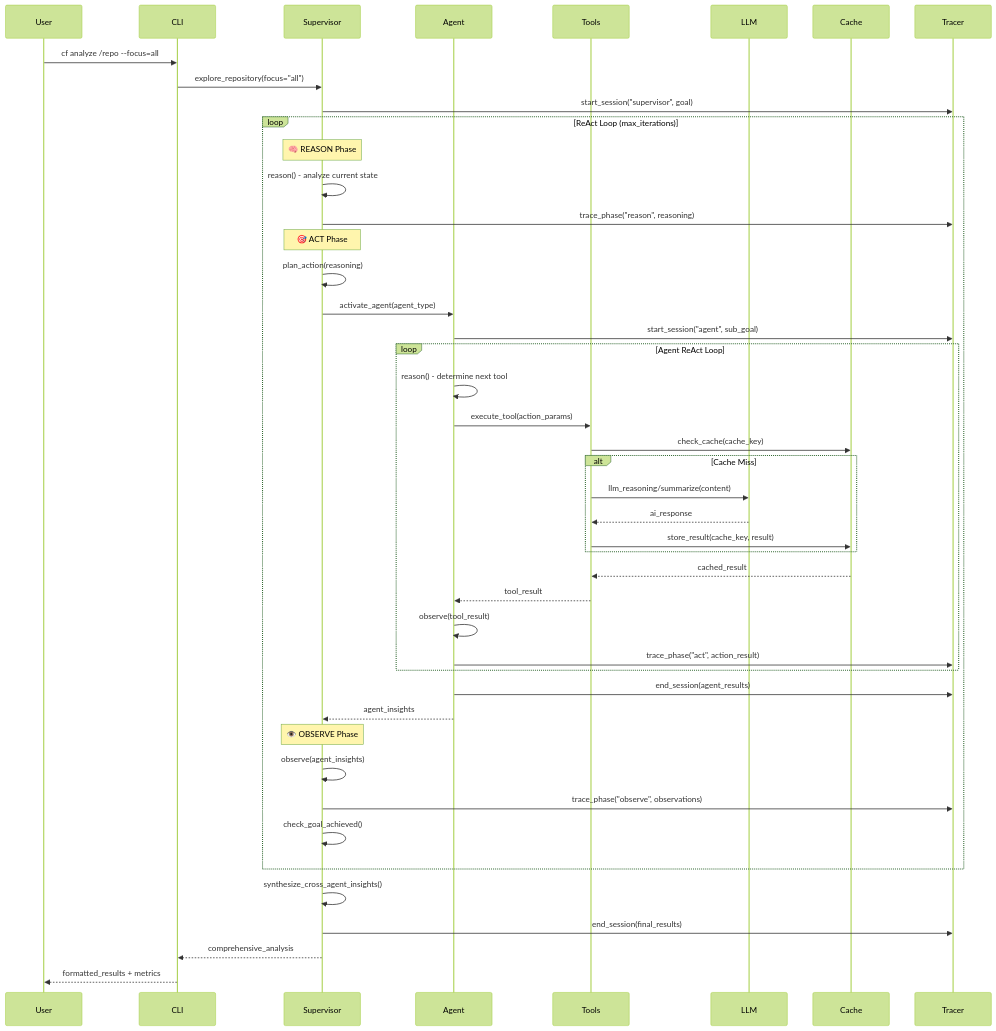
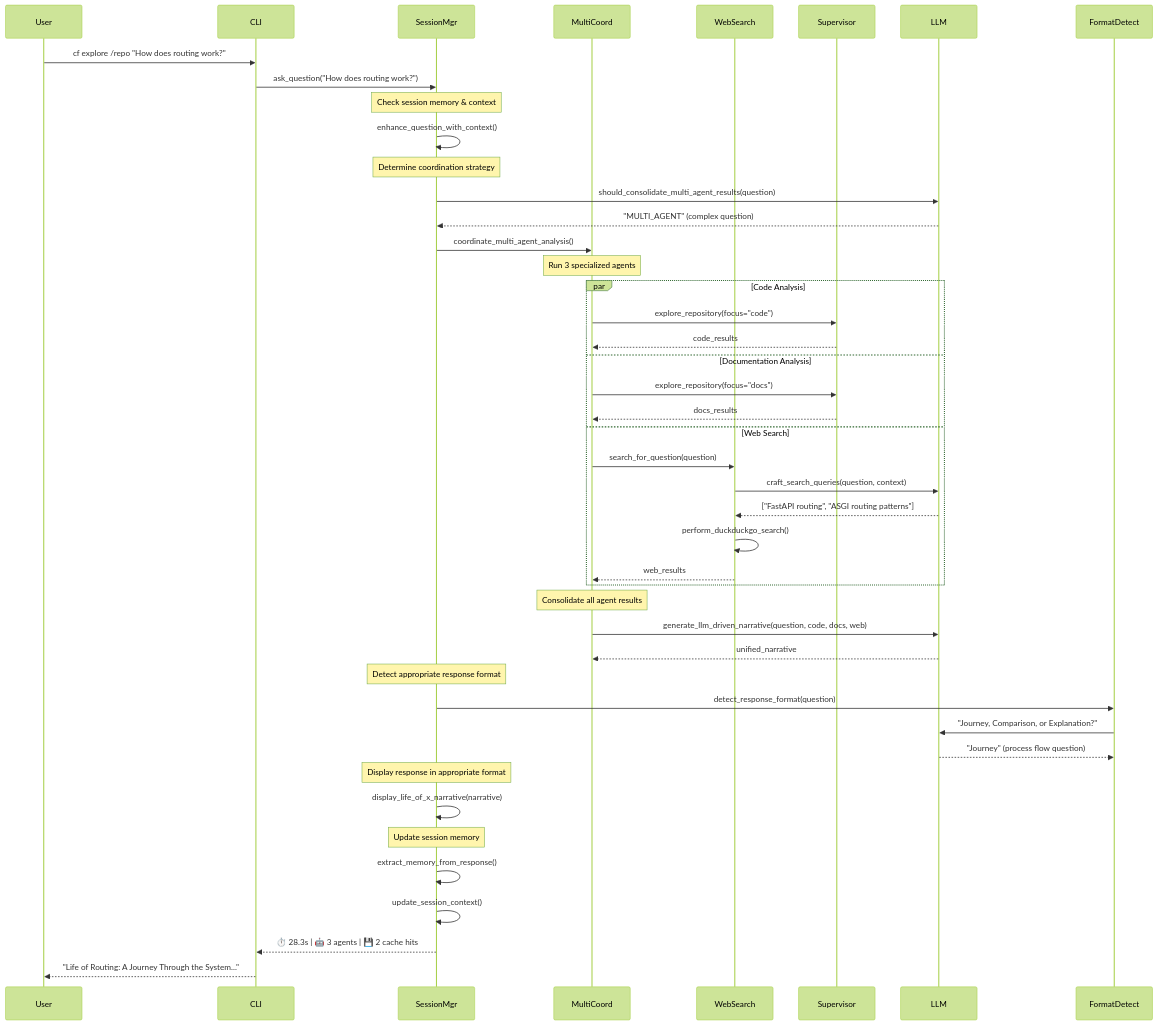
Before and after one commit to CodeFusionAgent/codefusion: the third of 4 diagrams in docs/dev/architecture.md, drawn with Mermaid (forest theme). The commit also changed other lines of this file and 39 other files, not shown here.

````diff
--- a/docs/dev/architecture.md
+++ b/docs/dev/architecture.md
@@ -308,57 +619,57 @@
 ```mermaid
 sequenceDiagram
     participant User
     participant CLI
+    participant SessionMgr
+    participant MultiCoord
+    participant WebSearch
     participant Supervisor
-    participant Agent
-    participant Tools
     participant LLM
-    participant Cache
-    participant Tracer
+    participant FormatDetect
 
-    User->>CLI: cf analyze /repo --focus=all
-    CLI->>Supervisor: explore_repository(focus="all")
+    User->>CLI: cf explore /repo "How does routing work?"
+    CLI->>SessionMgr: ask_question("How does routing work?")
     
-    Supervisor->>Tracer: start_session("supervisor", goal)
+    Note over SessionMgr: Check session memory & context
+    SessionMgr->>SessionMgr: enhance_question_with_context()
     
-    loop ReAct Loop (max_iterations)
-        Note over Supervisor: 🧠 REASON Phase
-        Supervisor->>Supervisor: reason() - analyze current state
-        Supervisor->>Tracer: trace_phase("reason", reasoning)
-        
-        Note over Supervisor: 🎯 ACT Phase  
-        Supervisor->>Supervisor: plan_action(reasoning)
-        Supervisor->>Agent: activate_agent(agent_type)
-        
-        Agent->>Tracer: start_session("agent", sub_goal)
-        
-        loop Agent ReAct Loop
-            Agent->>Agent: reason() - determine next tool
-            Agent->>Tools: execute_tool(action_params)
-            Tools->>Cache: check_cache(cache_key)
-            alt Cache Miss
-                Tools->>LLM: llm_reasoning/summarize(content)
-                LLM-->>Tools: ai_response
-                Tools->>Cache: store_result(cache_key, result)
-            end
-            Cache-->>Tools: cached_result
-            Tools-->>Agent: tool_result
-            Agent->>Agent: observe(tool_result)
-            Agent->>Tracer: trace_phase("act", action_result)
-        end
-        
-        Agent->>Tracer: end_session(agent_results)
-        Agent-->>Supervisor: agent_insights
-        
-        Note over Supervisor: 👁️ OBSERVE Phase
-        Supervisor->>Supervisor: observe(agent_insights)
-        Supervisor->>Tracer: trace_phase("observe", observations)
-        
-        Supervisor->>Supervisor: check_goal_achieved()
+    Note over SessionMgr: Determine coordination strategy
+    SessionMgr->>LLM: should_consolidate_multi_agent_results(question)
+    LLM-->>SessionMgr: "MULTI_AGENT" (complex question)
+    
+    SessionMgr->>MultiCoord: coordinate_multi_agent_analysis()
+    
+    Note over MultiCoord: Run 3 specialized agents
+    par Code Analysis
+        MultiCoord->>Supervisor: explore_repository(focus="code")
+        Supervisor-->>MultiCoord: code_results
+    and Documentation Analysis  
+        MultiCoord->>Supervisor: explore_repository(focus="docs")
+        Supervisor-->>MultiCoord: docs_results
+    and Web Search
+        MultiCoord->>WebSearch: search_for_question(question)
+        WebSearch->>LLM: craft_search_queries(question, context)
+        LLM-->>WebSearch: ["FastAPI routing", "ASGI routing patterns"]
+        WebSearch->>WebSearch: perform_duckduckgo_search()
+        WebSearch-->>MultiCoord: web_results
     end
     
-    Supervisor->>Supervisor: synthesize_cross_agent_insights()
-    Supervisor->>Tracer: end_session(final_results)
-    Supervisor-->>CLI: comprehensive_analysis
-    CLI-->>User: formatted_results + metrics
+    Note over MultiCoord: Consolidate all agent results
+    MultiCoord->>LLM: generate_llm_driven_narrative(question, code, docs, web)
+    LLM-->>MultiCoord: unified_narrative
+    
+    Note over SessionMgr: Detect appropriate response format
+    SessionMgr->>FormatDetect: detect_response_format(question)
+    FormatDetect->>LLM: "Journey, Comparison, or Explanation?"
+    LLM-->>FormatDetect: "Journey" (process flow question)
+    
+    Note over SessionMgr: Display response in appropriate format
+    SessionMgr->>SessionMgr: display_life_of_x_narrative(narrative)
+    
+    Note over SessionMgr: Update session memory
+    SessionMgr->>SessionMgr: extract_memory_from_response()
+    SessionMgr->>SessionMgr: update_session_context()
+    
+    SessionMgr-->>CLI: ⏱️ 28.3s | 🤖 3 agents | 💾 2 cache hits
+    CLI-->>User: "Life of Routing: A Journey Through the System..."
 ```
````
